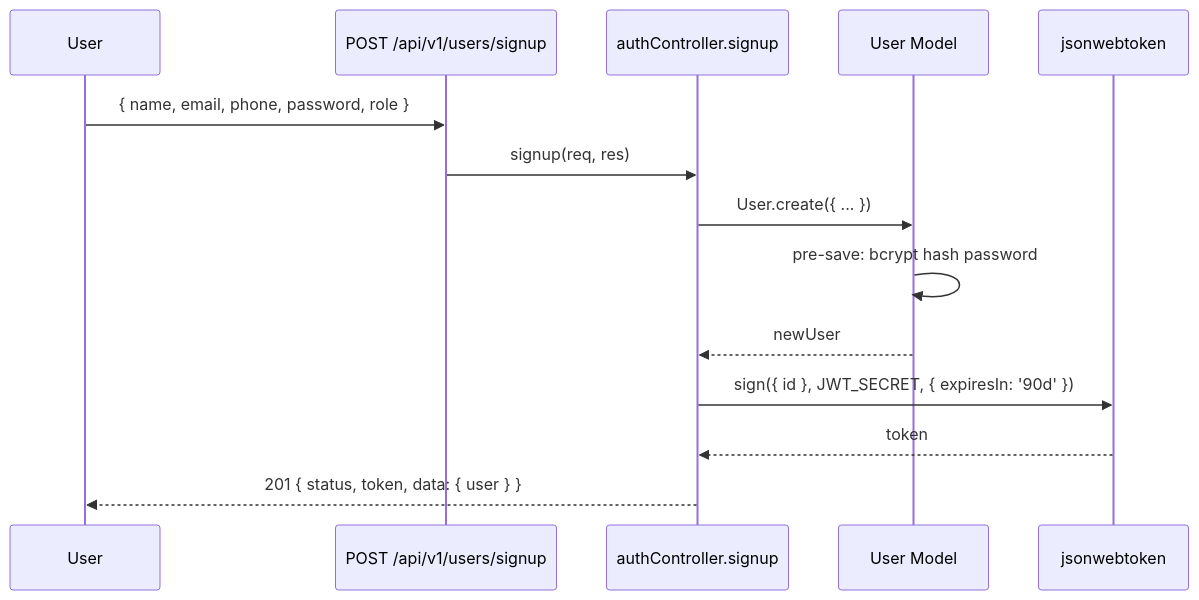
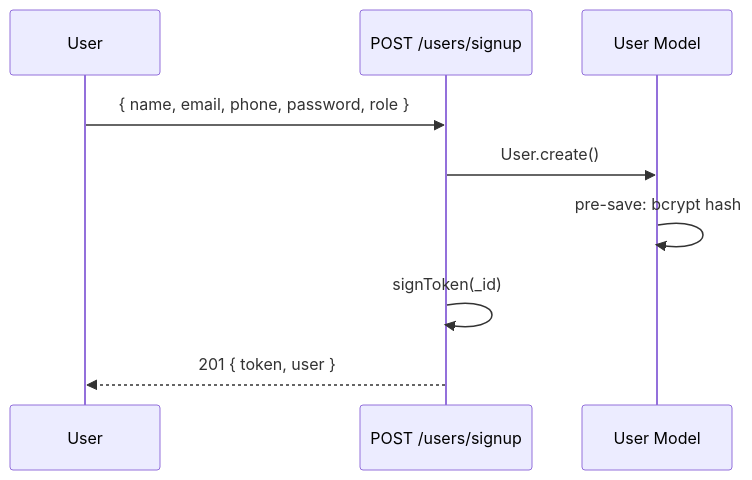
Before and after one commit to mohamedmadyan56/San3a-Fullstack: the second of 15 diagrams in san3a-project/backend/SAN3A_BACKEND_DOCUMENTATION.md, drawn with Mermaid. The commit also changed other lines of this file, not shown here.

````diff
--- a/san3a-project/backend/SAN3A_BACKEND_DOCUMENTATION.md
+++ b/san3a-project/backend/SAN3A_BACKEND_DOCUMENTATION.md
@@ -412,17 +432,12 @@
 ```mermaid
 sequenceDiagram
     participant U as User
-    participant API as POST /api/v1/users/signup
-    participant AC as authController.signup
-    participant UM as User Model
-    participant JWT as jsonwebtoken
+    participant API as POST /users/signup
+    participant M as User Model
 
     U->>API: { name, email, phone, password, role }
-    API->>AC: signup(req, res)
-    AC->>UM: User.create({ ... })
-    UM->>UM: pre-save: bcrypt hash password
-    UM-->>AC: newUser
-    AC->>JWT: sign({ id }, JWT_SECRET, { expiresIn: '90d' })
-    JWT-->>AC: token
-    AC-->>U: 201 { status, token, data: { user } }
+    API->>M: User.create()
+    M->>M: pre-save: bcrypt hash
+    API->>API: signToken(_id)
+    API-->>U: 201 { token, user }
 ```
````
